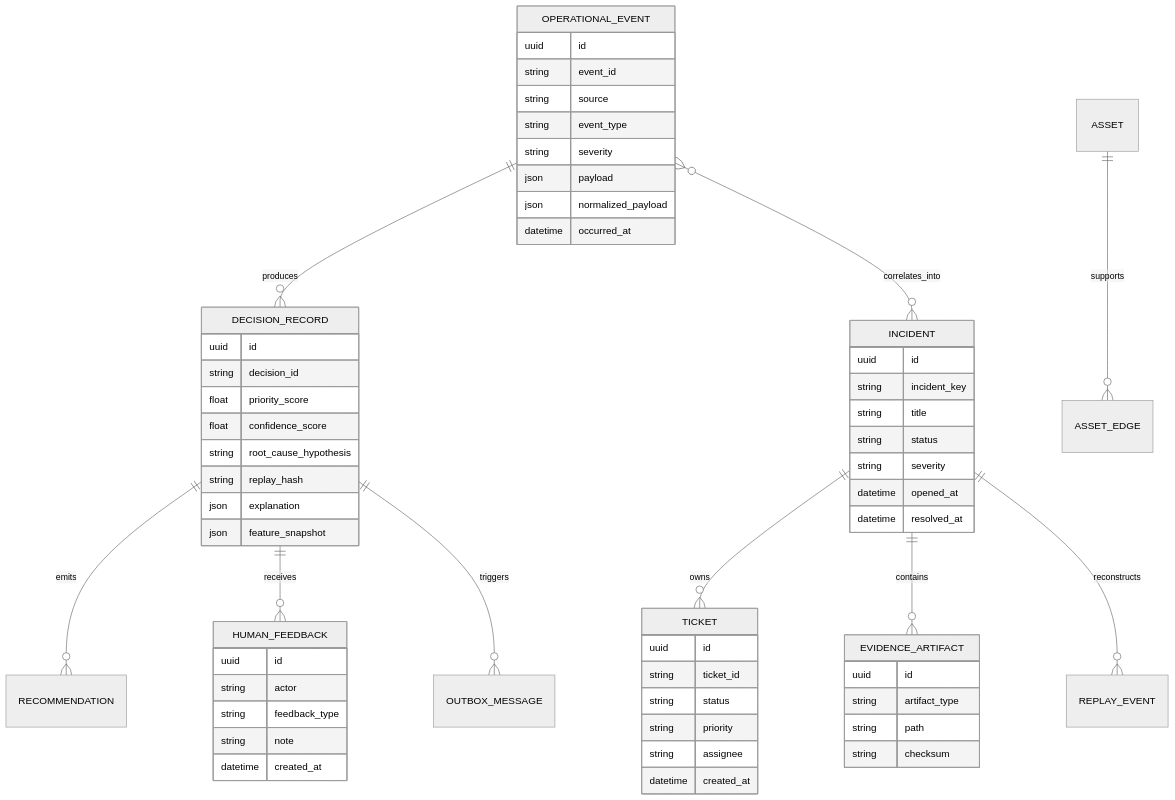
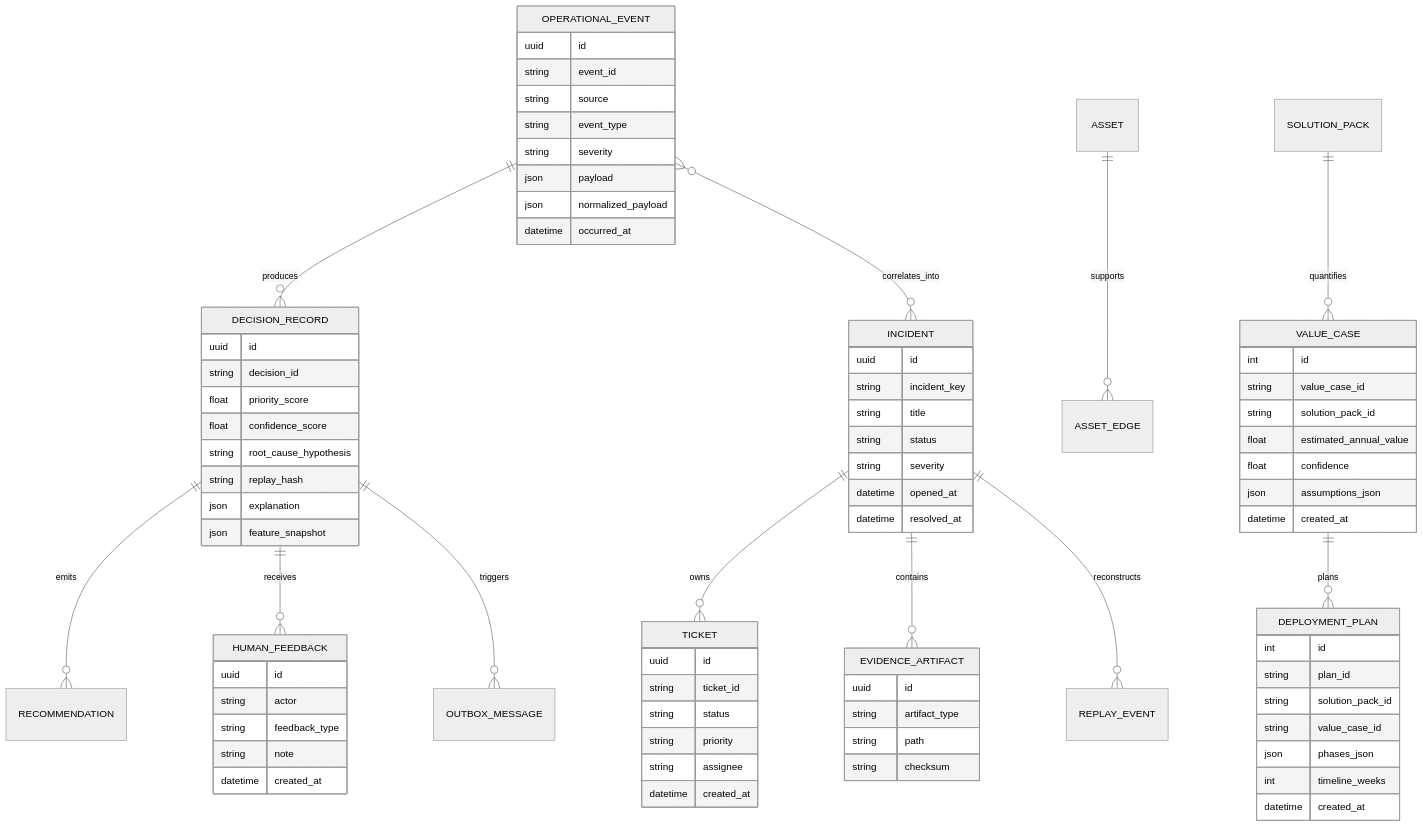
Before and after one commit to AngelP17/Praxis: the diagram in docs/09-data-model.md, drawn with Mermaid (neutral theme). The commit also changed other lines of this file and 13 other files, not shown here.

First line of the commit message:
docs: refresh README screenshots and align docs/diagrams with current UI and hardening

````diff
--- a/docs/09-data-model.md
+++ b/docs/09-data-model.md
@@ -13,6 +13,8 @@
     DECISION_RECORD ||--o{ OUTBOX_MESSAGE : triggers
     INCIDENT ||--o{ EVIDENCE_ARTIFACT : contains
     INCIDENT ||--o{ REPLAY_EVENT : reconstructs
+    SOLUTION_PACK ||--o{ VALUE_CASE : quantifies
+    VALUE_CASE ||--o{ DEPLOYMENT_PLAN : plans
 
     OPERATIONAL_EVENT {
         uuid id
@@ -69,4 +71,24 @@
         string path
         string checksum
     }
+
+    VALUE_CASE {
+        int id
+        string value_case_id
+        string solution_pack_id
+        float estimated_annual_value
+        float confidence
+        json assumptions_json
+        datetime created_at
+    }
+
+    DEPLOYMENT_PLAN {
+        int id
+        string plan_id
+        string solution_pack_id
+        string value_case_id
+        json phases_json
+        int timeline_weeks
+        datetime created_at
+    }
 ```
````
